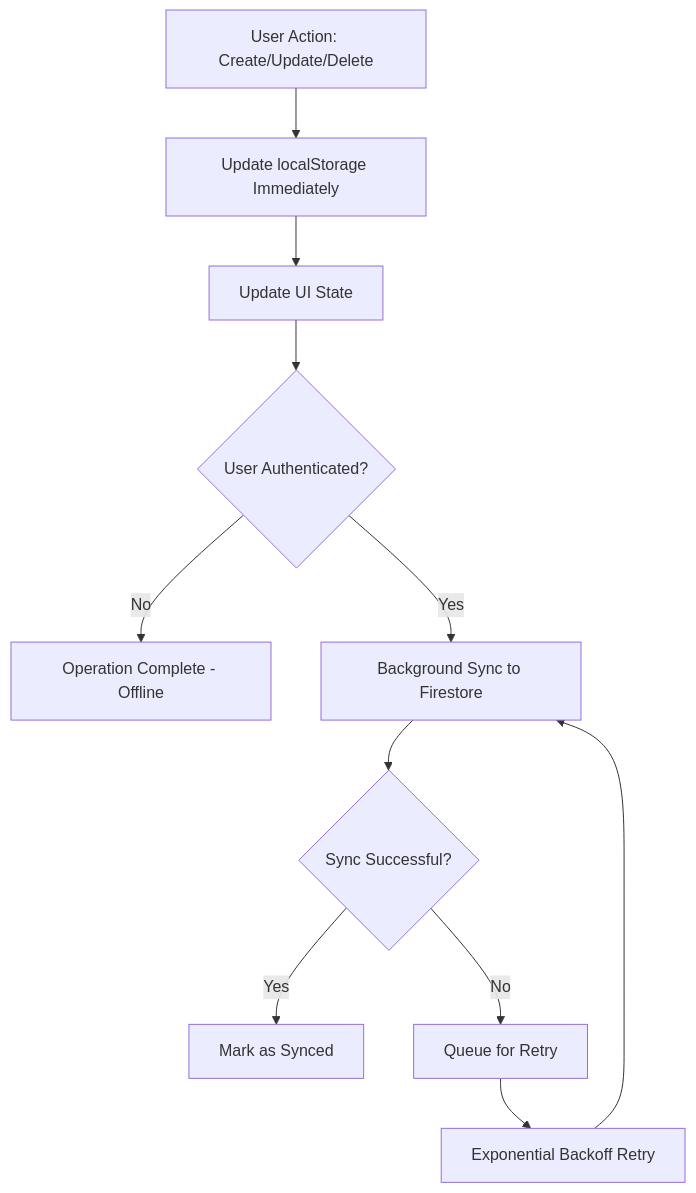
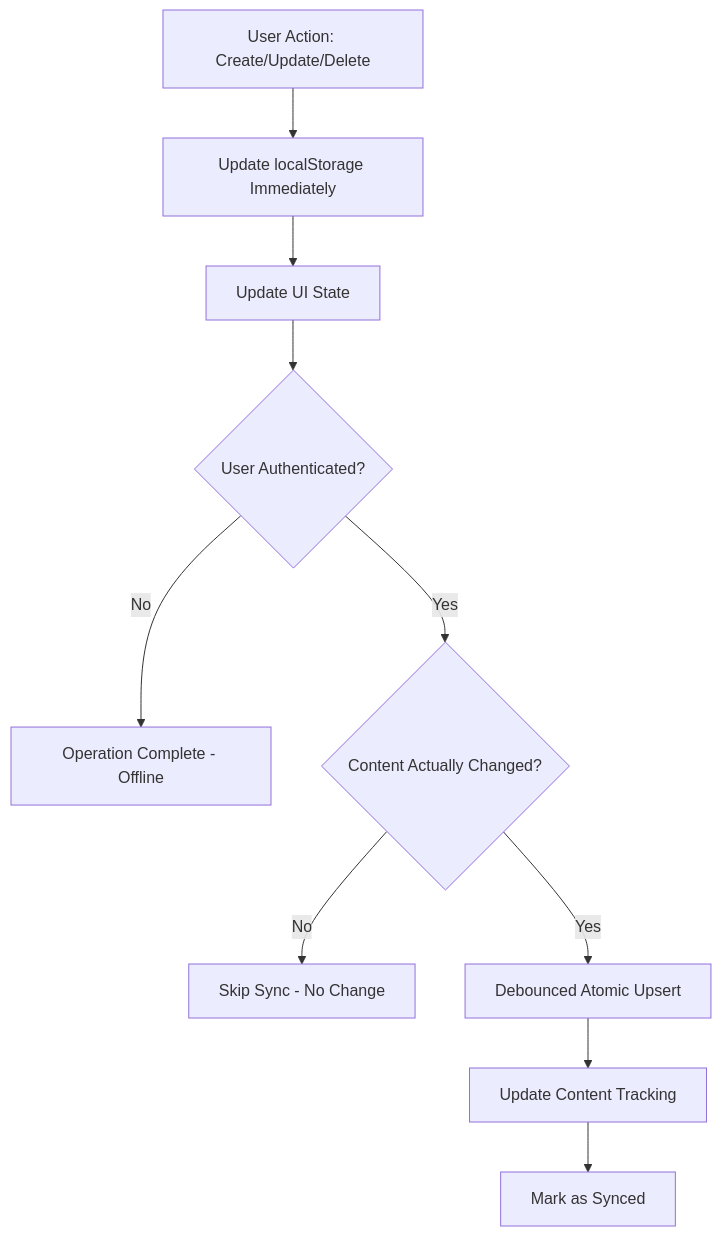
Before and after one commit to actaso/reflecta-lab: the second of 2 diagrams in docs/SYNC_MECHANISM.md, drawn with Mermaid. The commit also changed other lines of this file and 6 other files, not shown here.

````diff
--- a/docs/SYNC_MECHANISM.md
+++ b/docs/SYNC_MECHANISM.md
@@ -42,13 +42,12 @@
 ```mermaid
 graph TD
     A[User Action: Create/Update/Delete] --> B[Update localStorage Immediately]
     B --> C[Update UI State]
     C --> D{User Authenticated?}
     D -->|No| E[Operation Complete - Offline]
-    D -->|Yes| F[Background Sync to Firestore]
-    F --> G{Sync Successful?}
-    G -->|Yes| H[Mark as Synced]
-    G -->|No| I[Queue for Retry]
-    I --> J[Exponential Backoff Retry]
-    J --> F
+    D -->|Yes| F{Content Actually Changed?}
+    F -->|No| G[Skip Sync - No Change]
+    F -->|Yes| H[Debounced Atomic Upsert]
+    H --> I[Update Content Tracking]
+    I --> J[Mark as Synced]
 ```
````
